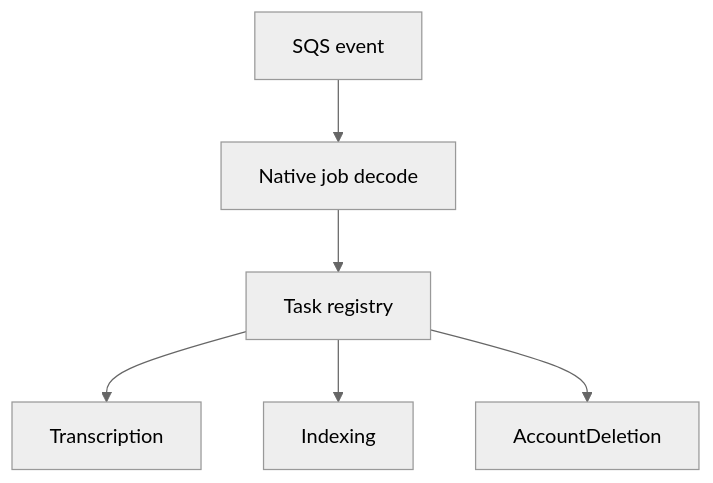
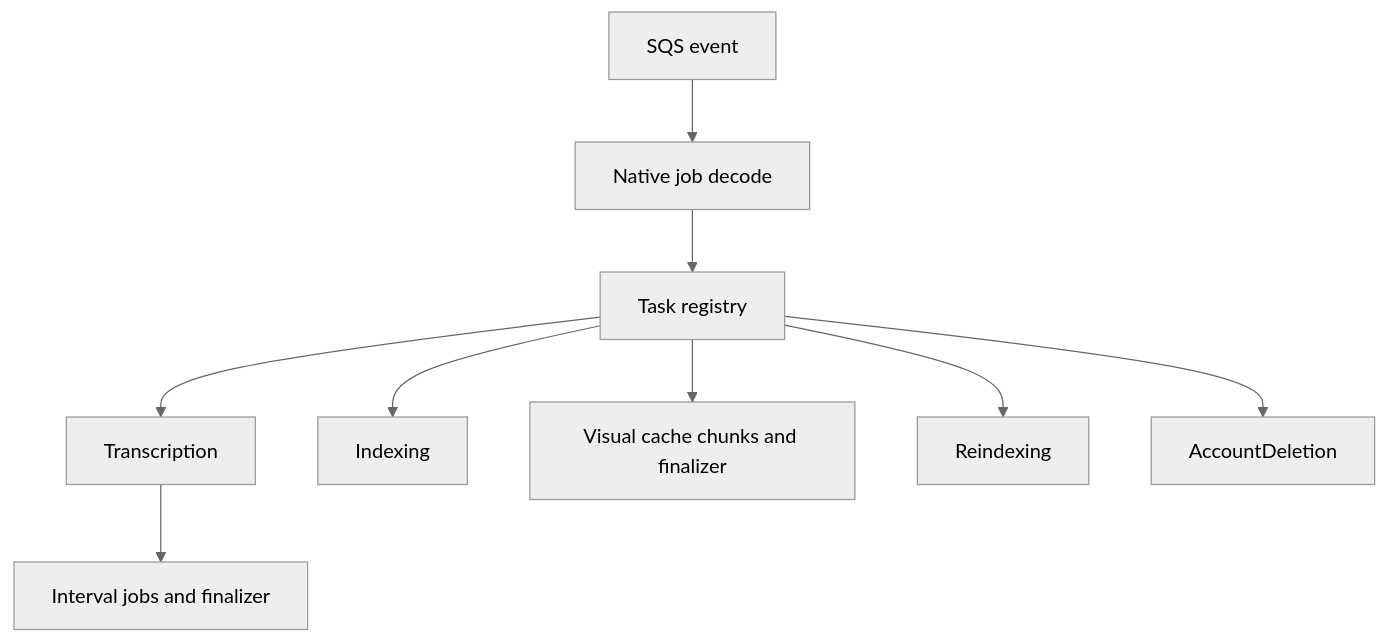
The third of 3 diagrams in apps/docs/i18n/ja/docusaurus-plugin-content-docs/current/design/component-diagram.md (yukiharada1228/videoq), drawn with Mermaid (neutral theme) before and after one commit. The commit also changed 72 other files, not shown here.

````diff
--- a/apps/docs/i18n/ja/docusaurus-plugin-content-docs/current/design/component-diagram.md
+++ b/apps/docs/i18n/ja/docusaurus-plugin-content-docs/current/design/component-diagram.md
@@ -57,8 +57,11 @@
 ```mermaid
 flowchart TD
     Event[SQS event] --> Decode[Native job decode]
     Decode --> Registry[Task registry]
     Registry --> Transcription
+    Transcription --> Chunks[Interval jobs and finalizer]
     Registry --> Indexing
+    Registry --> Visuals[Visual cache chunks and finalizer]
+    Registry --> Reindexing
     Registry --> AccountDeletion
 ```
````
